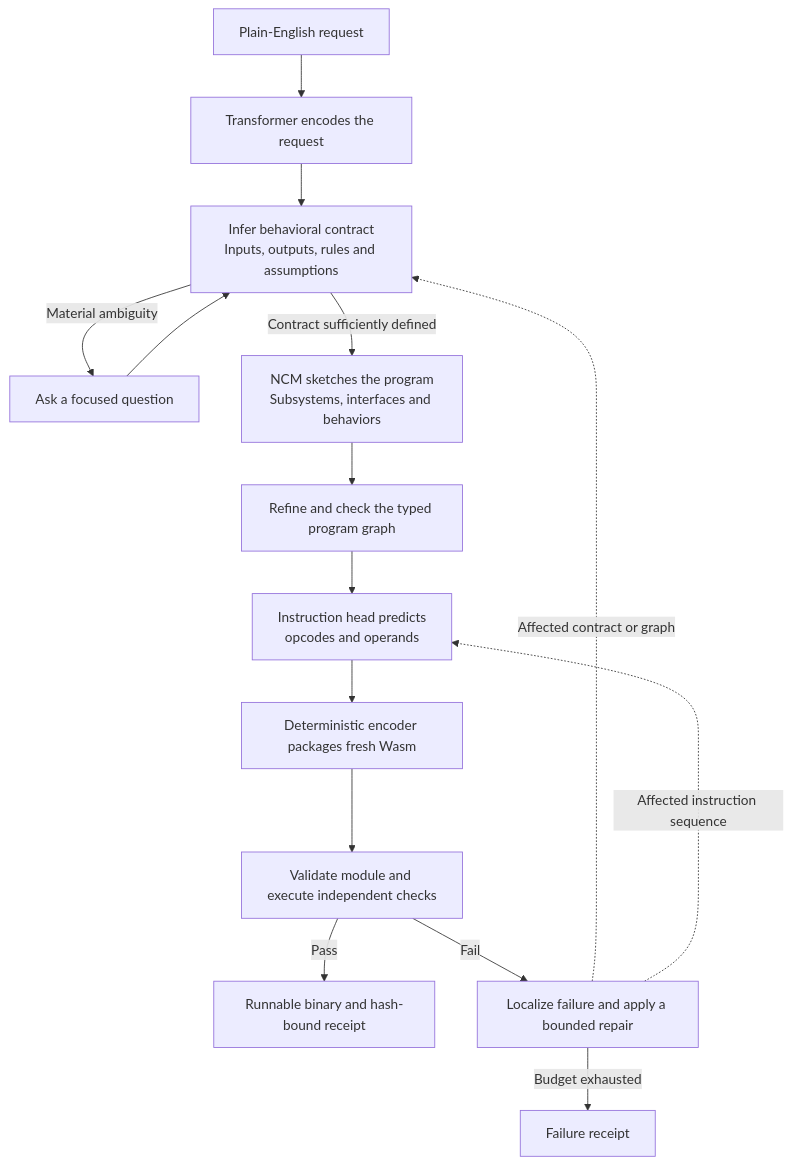
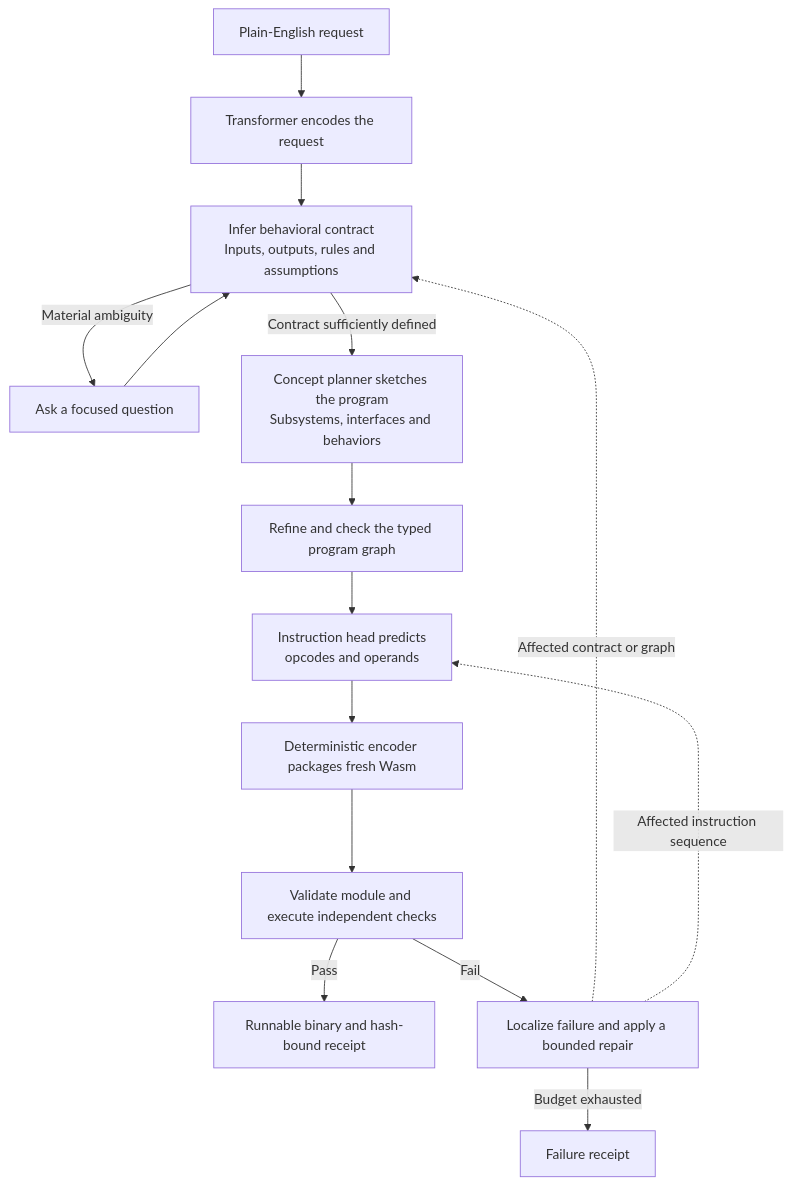
The first of 5 diagrams in docs/Architecture.md (Kian-hdr/lore-demo), drawn with Mermaid before and after one commit. The commit also changed 5 other files, not shown here.

Commit message:
IND-312 explain concept hierarchy with original Mermaid pyramids

````diff
--- a/docs/Architecture.md
+++ b/docs/Architecture.md
@@ -7,17 +7,17 @@
 ```mermaid
 flowchart TD
     P["Plain-English request"] --> E["Transformer encodes the request"]
     E --> C["Infer behavioral contract<br/>Inputs, outputs, rules and assumptions"]
     C -->|Material ambiguity| Q["Ask a focused question"]
     Q --> C
-    C -->|Contract sufficiently defined| N["NCM sketches the program<br/>Subsystems, interfaces and behaviors"]
+    C -->|Contract sufficiently defined| N["Concept planner sketches the program<br/>Subsystems, interfaces and behaviors"]
     N --> G["Refine and check the typed program graph"]
     G --> I["Instruction head predicts<br/>opcodes and operands"]
     I --> B["Deterministic encoder packages fresh Wasm"]
     B --> V["Validate module and execute independent checks"]
     V -->|Pass| R["Runnable binary and hash-bound receipt"]
     V -->|Fail| D["Localize failure and apply a bounded repair"]
     D -. "Affected contract or graph" .-> C
     D -. "Affected instruction sequence" .-> I
     D -->|Budget exhausted| X["Failure receipt"]
 ```
````
